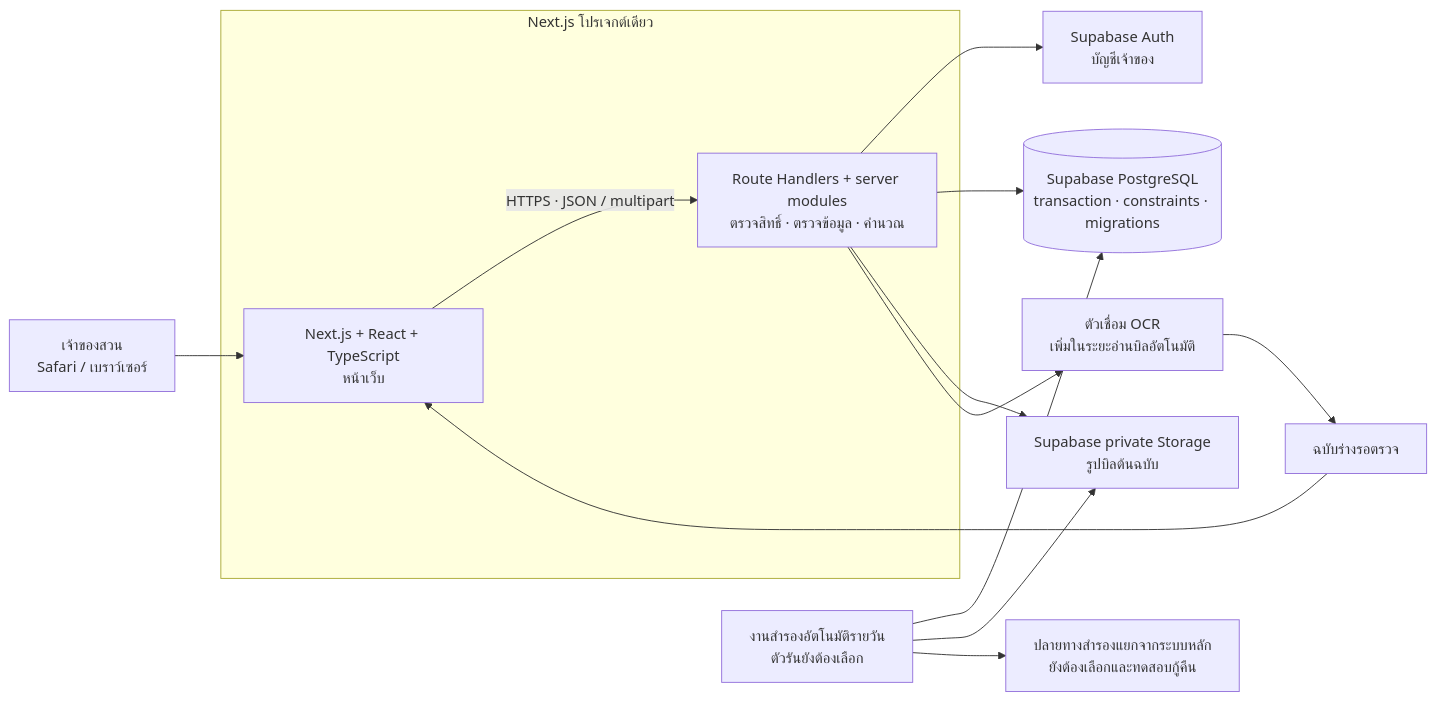
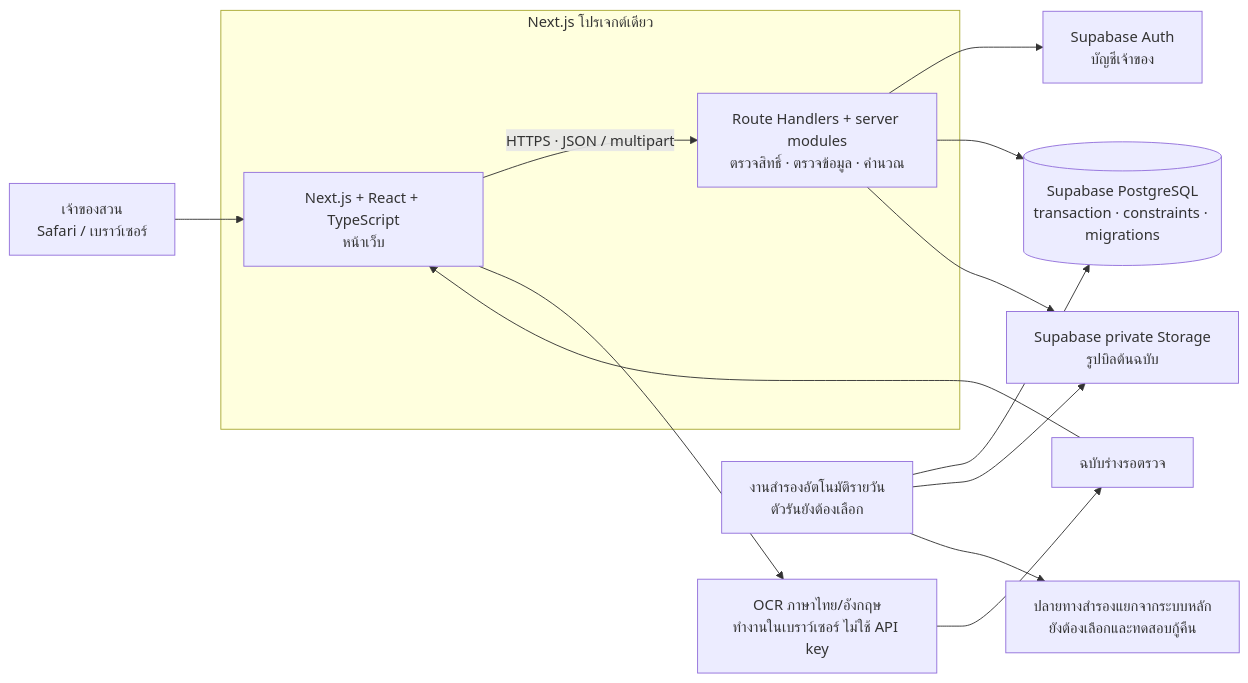
One commit to SitthiwatR/palm-ledger changed the first of 2 diagrams in app-spec.md. Above: the diagram before and after it, drawn with Mermaid. The commit also changed other lines of this file and 25 other files, not shown here.

````diff
--- a/app-spec.md
+++ b/app-spec.md
@@ -118,16 +119,16 @@
 ```mermaid
 flowchart LR
     Owner["เจ้าของสวน<br/>Safari / เบราว์เซอร์"] --> Web["Next.js + React + TypeScript<br/>หน้าเว็บ"]
     subgraph Project["Next.js โปรเจกต์เดียว"]
         Web -->|"HTTPS · JSON / multipart"| API["Route Handlers + server modules<br/>ตรวจสิทธิ์ · ตรวจข้อมูล · คำนวณ"]
     end
     API --> Auth["Supabase Auth<br/>บัญชีเจ้าของ"]
     API --> DB[("Supabase PostgreSQL<br/>transaction · constraints · migrations")]
     API --> Files["Supabase private Storage<br/>รูปบิลต้นฉบับ"]
     Backup["งานสำรองอัตโนมัติรายวัน<br/>ตัวรันยังต้องเลือก"] --> DB
     Backup --> Files
     Backup --> Offsite["ปลายทางสำรองแยกจากระบบหลัก<br/>ยังต้องเลือกและทดสอบกู้คืน"]
-    API --> OCR["ตัวเชื่อม OCR<br/>เพิ่มในระยะอ่านบิลอัตโนมัติ"]
+    Web --> OCR["OCR ภาษาไทย/อังกฤษ<br/>ทำงานในเบราว์เซอร์ ไม่ใช้ API key"]
     OCR --> Draft["ฉบับร่างรอตรวจ"]
     Draft --> Web
 ```
````
